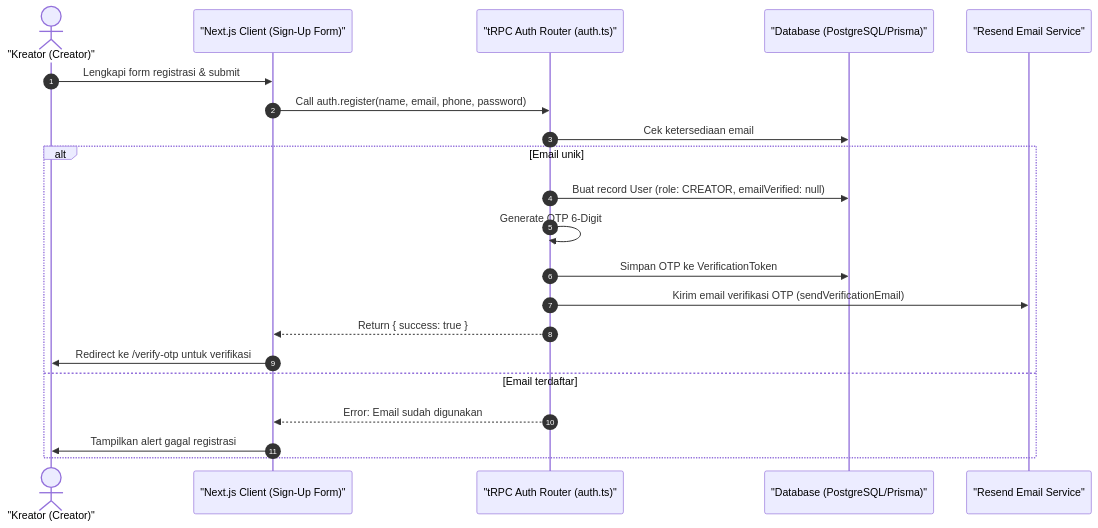
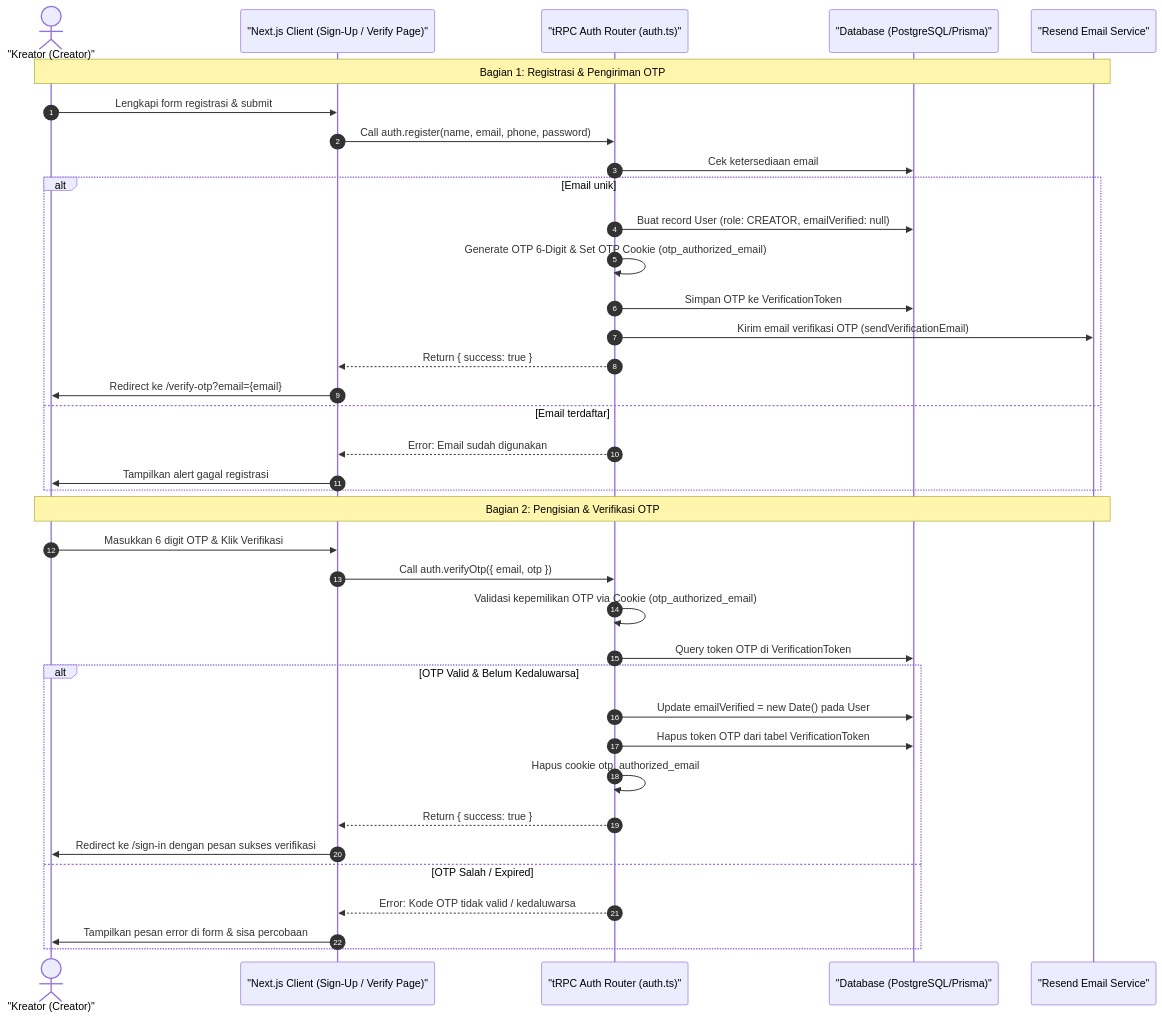
The diagram in docs/15-creator-register.md (luputer/CuanIN), drawn with Mermaid before and after one commit. The commit also changed other lines of this file and 5 other files, not shown here.

Commit message:
feat: update sequence diagrams for creator registration flow, checkout validation, and Midtrans payment processes

````diff
--- a/docs/15-creator-register.md
+++ b/docs/15-creator-register.md
@@ -5,25 +5,43 @@
 ```mermaid
 sequenceDiagram
     autonumber
     actor Creator as "Kreator (Creator)"
-    participant Client as "Next.js Client (Sign-Up Form)"
+    participant Client as "Next.js Client (Sign-Up / Verify Page)"
     participant Server as "tRPC Auth Router (auth.ts)"
     participant DB as "Database (PostgreSQL/Prisma)"
     participant SMTP as "Resend Email Service"
 
+    %% Bagian 1: Registrasi Akun
+    Note over Creator, SMTP: Bagian 1: Registrasi & Pengiriman OTP
     Creator->>Client: Lengkapi form registrasi & submit
     Client->>Server: Call auth.register(name, email, phone, password)
     Server->>DB: Cek ketersediaan email
     alt Email unik
         Server->>DB: Buat record User (role: CREATOR, emailVerified: null)
-        Server->>Server: Generate OTP 6-Digit
+        Server->>Server: Generate OTP 6-Digit & Set OTP Cookie (otp_authorized_email)
         Server->>DB: Simpan OTP ke VerificationToken
         Server->>SMTP: Kirim email verifikasi OTP (sendVerificationEmail)
         Server-->>Client: Return { success: true }
-        Client->>Creator: Redirect ke /verify-otp untuk verifikasi
+        Client->>Creator: Redirect ke /verify-otp?email={email}
     else Email terdaftar
         Server-->>Client: Error: Email sudah digunakan
         Client->>Creator: Tampilkan alert gagal registrasi
     end
 
+    %% Bagian 2: Verifikasi OTP
+    Note over Creator, SMTP: Bagian 2: Pengisian & Verifikasi OTP
+    Creator->>Client: Masukkan 6 digit OTP & Klik Verifikasi
+    Client->>Server: Call auth.verifyOtp({ email, otp })
+    Server->>Server: Validasi kepemilikan OTP via Cookie (otp_authorized_email)
+    Server->>DB: Query token OTP di VerificationToken
+    alt OTP Valid & Belum Kedaluwarsa
+        Server->>DB: Update emailVerified = new Date() pada User
+        Server->>DB: Hapus token OTP dari tabel VerificationToken
+        Server->>Server: Hapus cookie otp_authorized_email
+        Server-->>Client: Return { success: true }
+        Client->>Creator: Redirect ke /sign-in dengan pesan sukses verifikasi
+    else OTP Salah / Expired
+        Server-->>Client: Error: Kode OTP tidak valid / kedaluwarsa
+        Client->>Creator: Tampilkan pesan error di form & sisa percobaan
+    end
 ```
````
